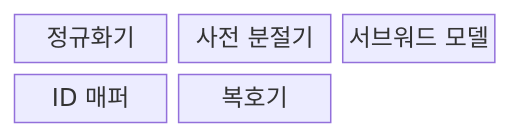
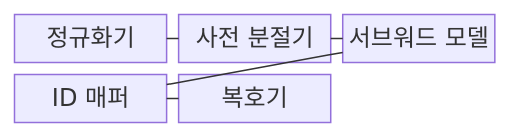
The first of 2 diagrams in src/content/docs/notes/08-latest-tech/032_tokenization.md (agnusdei1207/knowledge-base), drawn with Mermaid before and after one commit. The commit also changed other lines of this file and 228 other files, not shown here.

````diff
--- a/src/content/docs/notes/08-latest-tech/032_tokenization.md
+++ b/src/content/docs/notes/08-latest-tech/032_tokenization.md
@@ -51,9 +51,13 @@
 ```mermaid
 block-beta
     columns 3
     N["정규화기"]
     P["사전 분절기"]
     M["서브워드 모델"]
     I["ID 매퍼"]
     D["복호기"]
+    N --- P
+    P --- M
+    M --- I
+    I --- D
 ```
````
